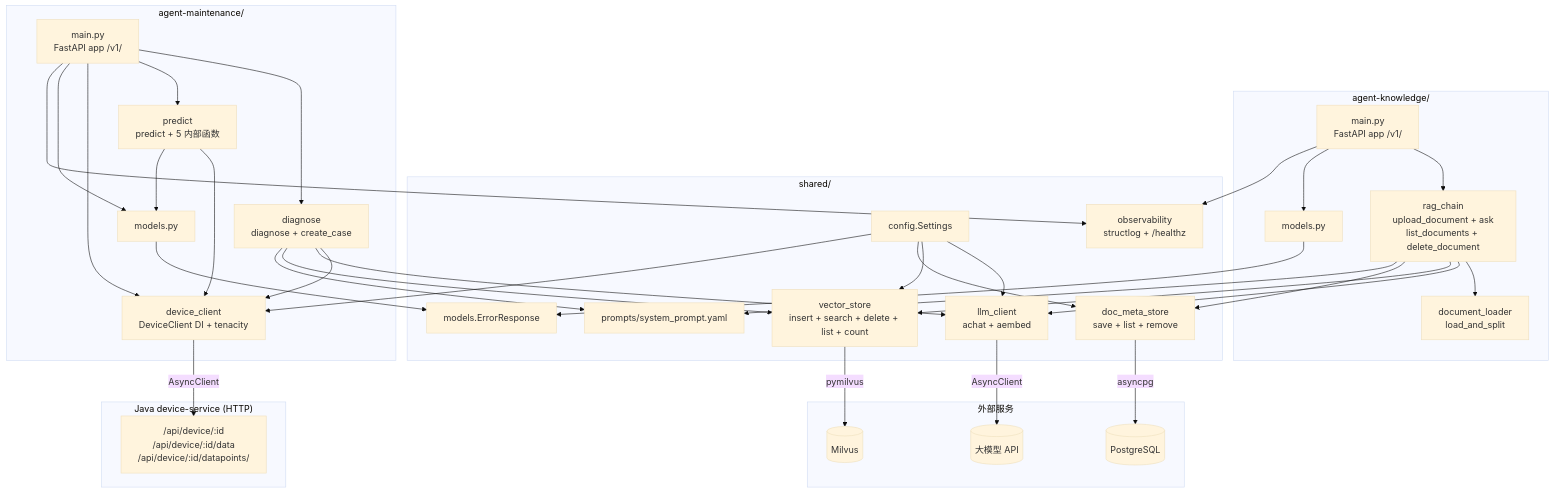
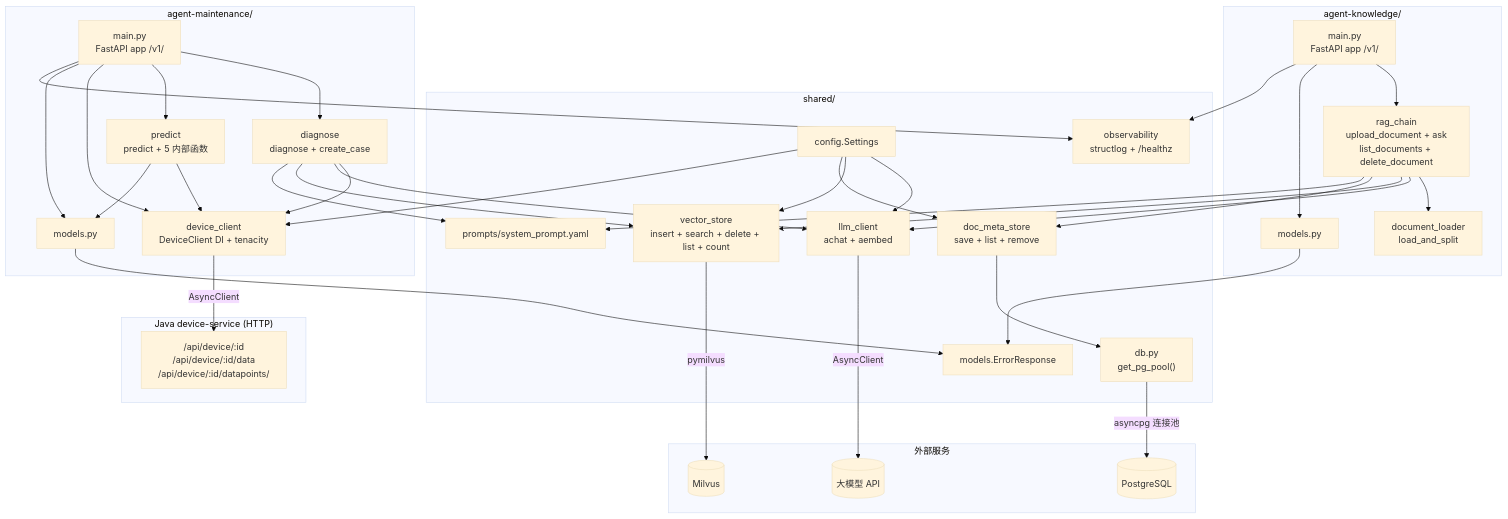
Before and after one commit to north30-dev/smt-agent-platform: the seventh of 8 diagrams in docs/explaination/project-explanation-phase2.md, drawn with Mermaid (base theme). The commit also changed other lines of this file and 46 other files, not shown here.

````diff
--- a/docs/explaination/project-explanation-phase2.md
+++ b/docs/explaination/project-explanation-phase2.md
@@ -581,70 +583,72 @@
 ```mermaid
 graph TB
     subgraph SharedMod["shared/"]
         Cfg["config.Settings"]
         LLM["llm_client<br/>achat + aembed"]
         VS["vector_store<br/>insert + search + delete + list + count"]
         DMS["doc_meta_store<br/>save + list + remove"]
+        DB["db.py<br/>get_pg_pool()"]
         Obs["observability<br/>structlog + /healthz"]
         SModels["models.ErrorResponse"]
         Prompt["prompts/system_prompt.yaml"]
     end
 
     subgraph KnowledgeMod["agent-knowledge/"]
         AKMain["main.py<br/>FastAPI app /v1/"]
         RAG["rag_chain<br/>upload_document + ask<br/>list_documents + delete_document"]
         Loader["document_loader<br/>load_and_split"]
         AKModels["models.py"]
     end
 
     subgraph MaintenanceMod["agent-maintenance/"]
         AMMain["main.py<br/>FastAPI app /v1/"]
         DC["device_client<br/>DeviceClient DI + tenacity"]
         Diag["diagnose<br/>diagnose + create_case"]
         Pred["predict<br/>predict + 5 内部函数"]
         AMModels["models.py"]
     end
 
     subgraph JavaSvc["Java device-service (HTTP)"]
         DS["/api/device/:id<br/>/api/device/:id/data<br/>/api/device/:id/datapoints/"]
     end
 
     subgraph External["外部服务"]
         LLM_API[("大模型 API")]
         Mil[("Milvus")]
         PG[("PostgreSQL")]
     end
 
     AKMain --> RAG
     AKMain --> AKModels
     AKMain --> Obs
     RAG --> Loader
     RAG --> LLM
     RAG --> VS
     RAG --> DMS
     RAG --> Prompt
 
     AMMain --> Diag
     AMMain --> Pred
     AMMain --> DC
     AMMain --> AMModels
     AMMain --> Obs
     Diag --> DC
     Diag --> LLM
     Diag --> VS
     Diag --> Prompt
     Pred --> DC
     Pred --> AMModels
 
     DC -->|"AsyncClient"| DS
 
     LLM -->|"AsyncClient"| LLM_API
     VS -->|pymilvus| Mil
-    DMS -->|asyncpg| PG
+    DMS --> DB
+    DB -->|"asyncpg 连接池"| PG
     Cfg --> LLM
     Cfg --> VS
     Cfg --> DMS
     Cfg --> DC
     AKModels --> SModels
     AMModels --> SModels
 ```
````
